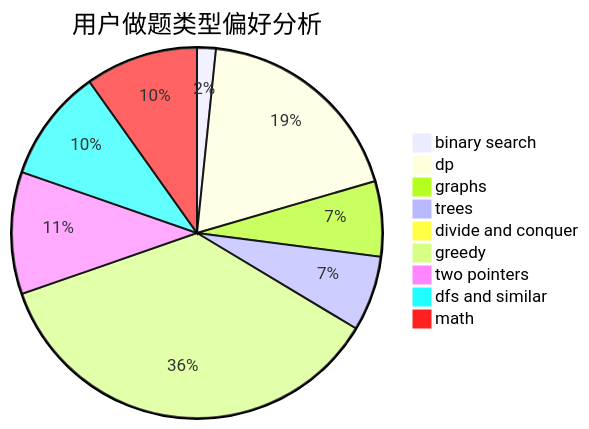
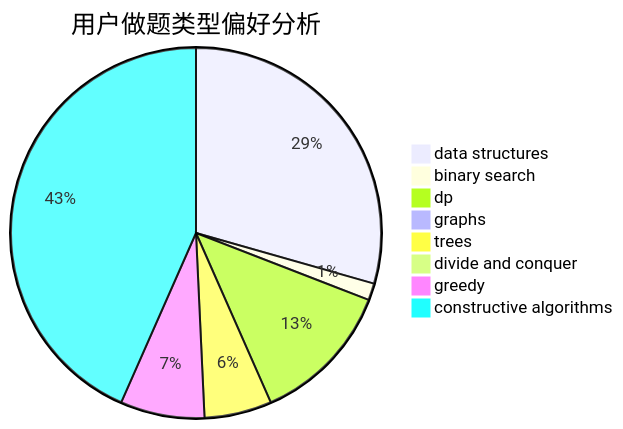
Before and after one commit to sherpahu/cfrs.github.io: the second of 3 diagrams in docs/user/u1915.md, drawn with Mermaid. The commit also changed other lines of this file and 2775 other files, not shown here.

````diff
--- a/docs/user/u1915.md
+++ b/docs/user/u1915.md
@@ -23,12 +23,11 @@
 ```mermaid
 pie title 用户做题类型偏好分析
+    "data structures" :  40
     "binary search" :  2
-    "dp" :  23
-    "graphs" :  8
+    "dp" :  17
+    "graphs" :  0
     "trees" :  8
     "divide and conquer" :  0
-    "greedy" :  44
-    "two pointers" :  13
-    "dfs and similar" :  12
-    "math" :  12
+    "greedy" :  10
+    "constructive algorithms" :  59
 ```
````
